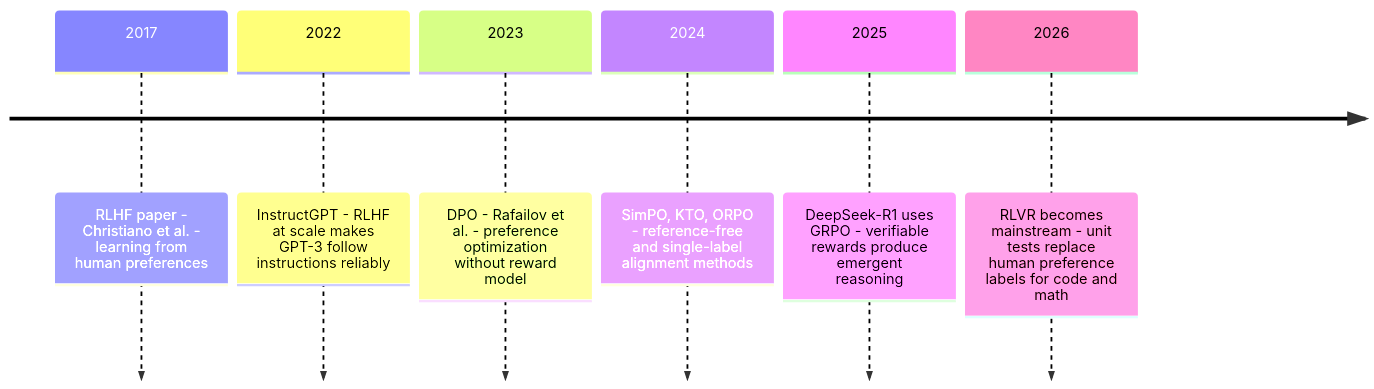
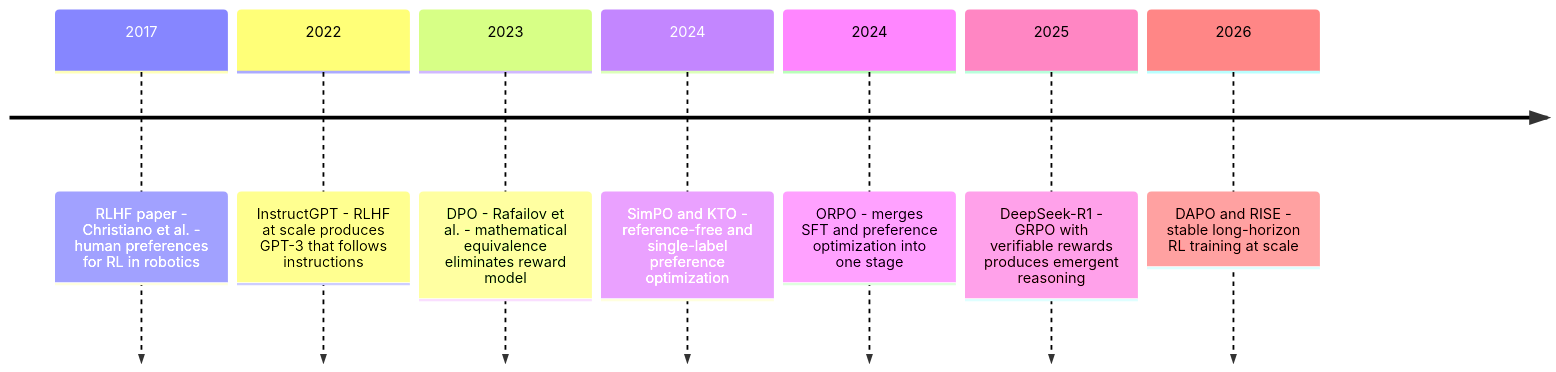
The third of 3 diagrams in front/public/blog/posts/field-notes/rlhf-dpo-alignment.md (JuanLara18/portfolio), drawn with Mermaid before and after one commit. The commit also changed other lines of this file and 1 other file, not shown here.

First line of the commit message:
refactor: enhance RLHF and DPO alignment blog post for clarity and depth

````diff
--- a/front/public/blog/posts/field-notes/rlhf-dpo-alignment.md
+++ b/front/public/blog/posts/field-notes/rlhf-dpo-alignment.md
@@ -230,9 +334,10 @@
 ```mermaid
 timeline
-    2017 : RLHF paper - Christiano et al. - learning from human preferences
-    2022 : InstructGPT - RLHF at scale makes GPT-3 follow instructions reliably
-    2023 : DPO - Rafailov et al. - preference optimization without reward model
-    2024 : SimPO, KTO, ORPO - reference-free and single-label alignment methods
-    2025 : DeepSeek-R1 uses GRPO - verifiable rewards produce emergent reasoning
-    2026 : RLVR becomes mainstream - unit tests replace human preference labels for code and math
+    2017 : RLHF paper - Christiano et al. - human preferences for RL in robotics
+    2022 : InstructGPT - RLHF at scale produces GPT-3 that follows instructions
+    2023 : DPO - Rafailov et al. - mathematical equivalence eliminates reward model
+    2024 : SimPO and KTO - reference-free and single-label preference optimization
+    2024 : ORPO - merges SFT and preference optimization into one stage
+    2025 : DeepSeek-R1 - GRPO with verifiable rewards produces emergent reasoning
+    2026 : DAPO and RISE - stable long-horizon RL training at scale
 ```
````
